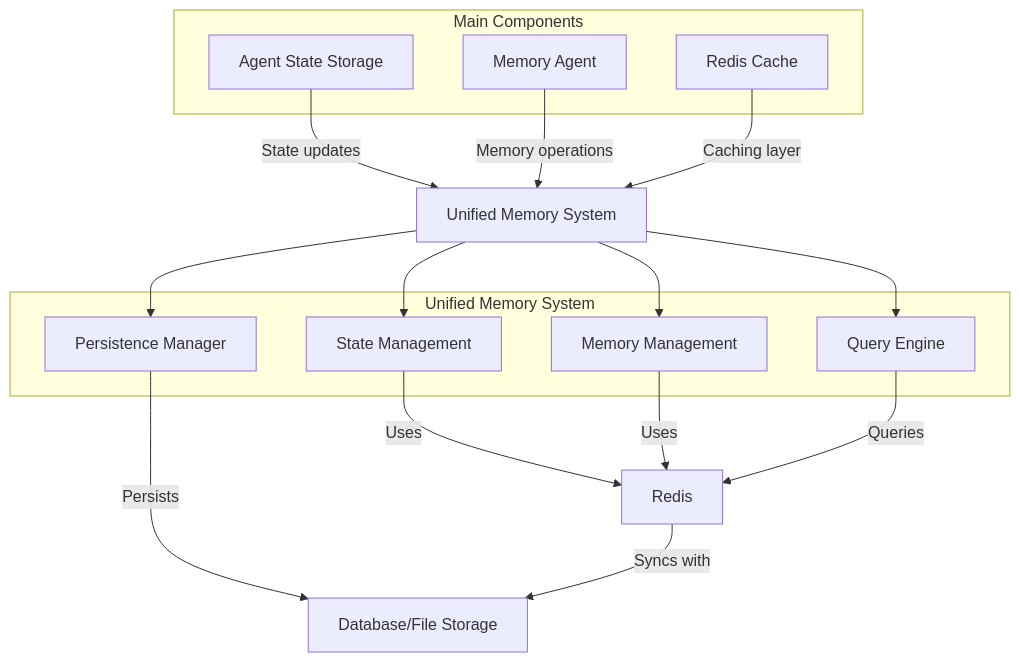
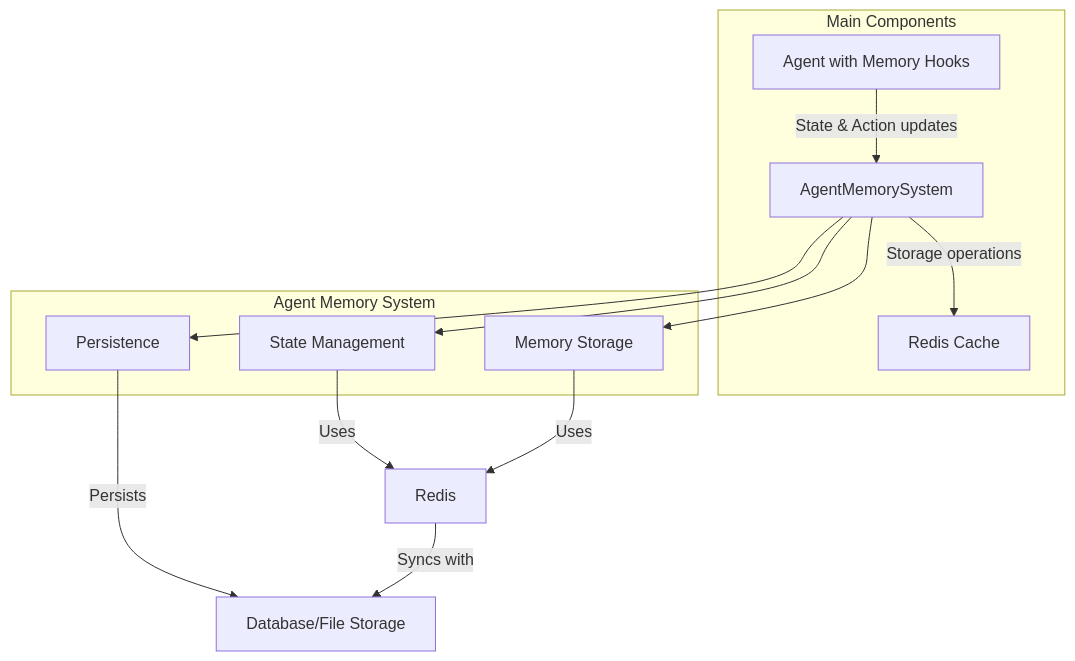
The diagram in docs/memory_hooks.md (Dooders/AgentMemory), drawn with Mermaid before and after one commit. The commit also changed other lines of this file and 2 other files, not shown here.

First line of the commit message:
Refactor memory hooks to improve state management and error handling

````diff
--- a/docs/memory_hooks.md
+++ b/docs/memory_hooks.md
@@ -9,31 +9,27 @@
 ```mermaid
 graph TB
     subgraph "Main Components"
-        AS[Agent State Storage]
-        MA[Memory Agent]
+        AS[Agent with Memory Hooks]
+        AMS[AgentMemorySystem]
         RC[Redis Cache]
     end
     
-    AS --> |State updates| UMS[Unified Memory System]
-    MA --> |Memory operations| UMS
-    RC --> |Caching layer| UMS
+    AS --> |State & Action updates| AMS
+    AMS --> |Storage operations| RC
     
-    subgraph "Unified Memory System"
+    subgraph "Agent Memory System"
         SM[State Management]
-        MM[Memory Management]
-        QE[Query Engine]
-        PM[Persistence Manager]
+        MM[Memory Storage]
+        PM[Persistence]
     end
     
-    UMS --> SM
-    UMS --> MM
-    UMS --> QE
-    UMS --> PM
+    AMS --> SM
+    AMS --> MM
+    AMS --> PM
     
     SM --> |Uses| Redis[Redis]
     MM --> |Uses| Redis
-    QE --> |Queries| Redis
     PM --> |Persists| DB[Database/File Storage]
     
     Redis --> |Syncs with| DB
 ```
````
